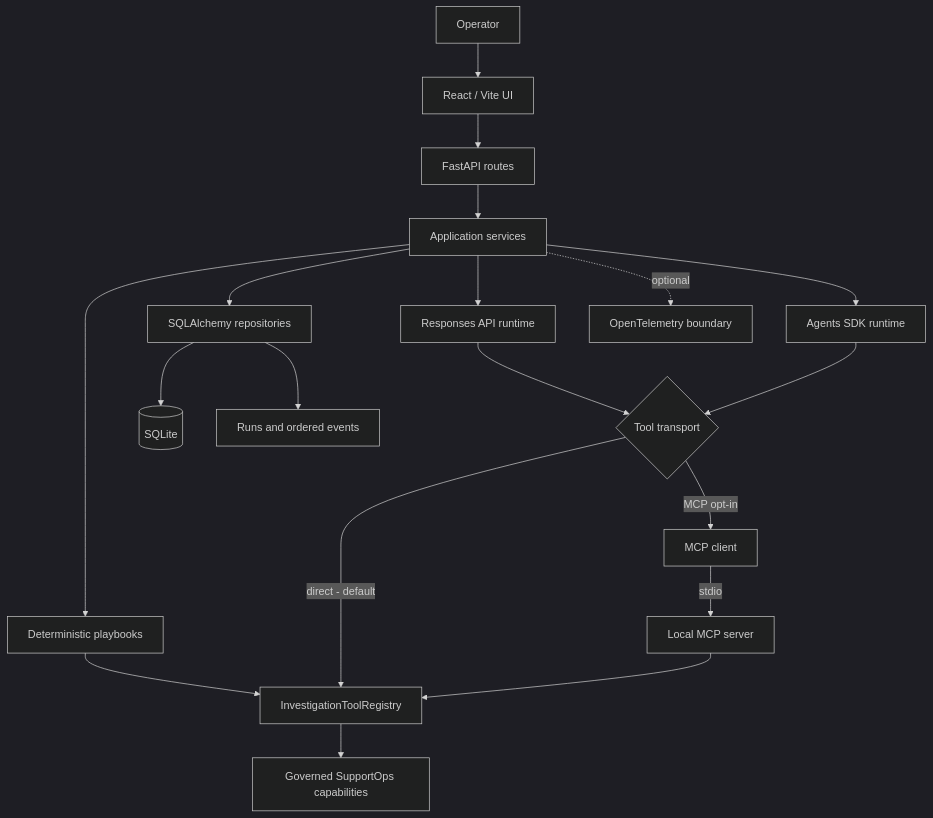
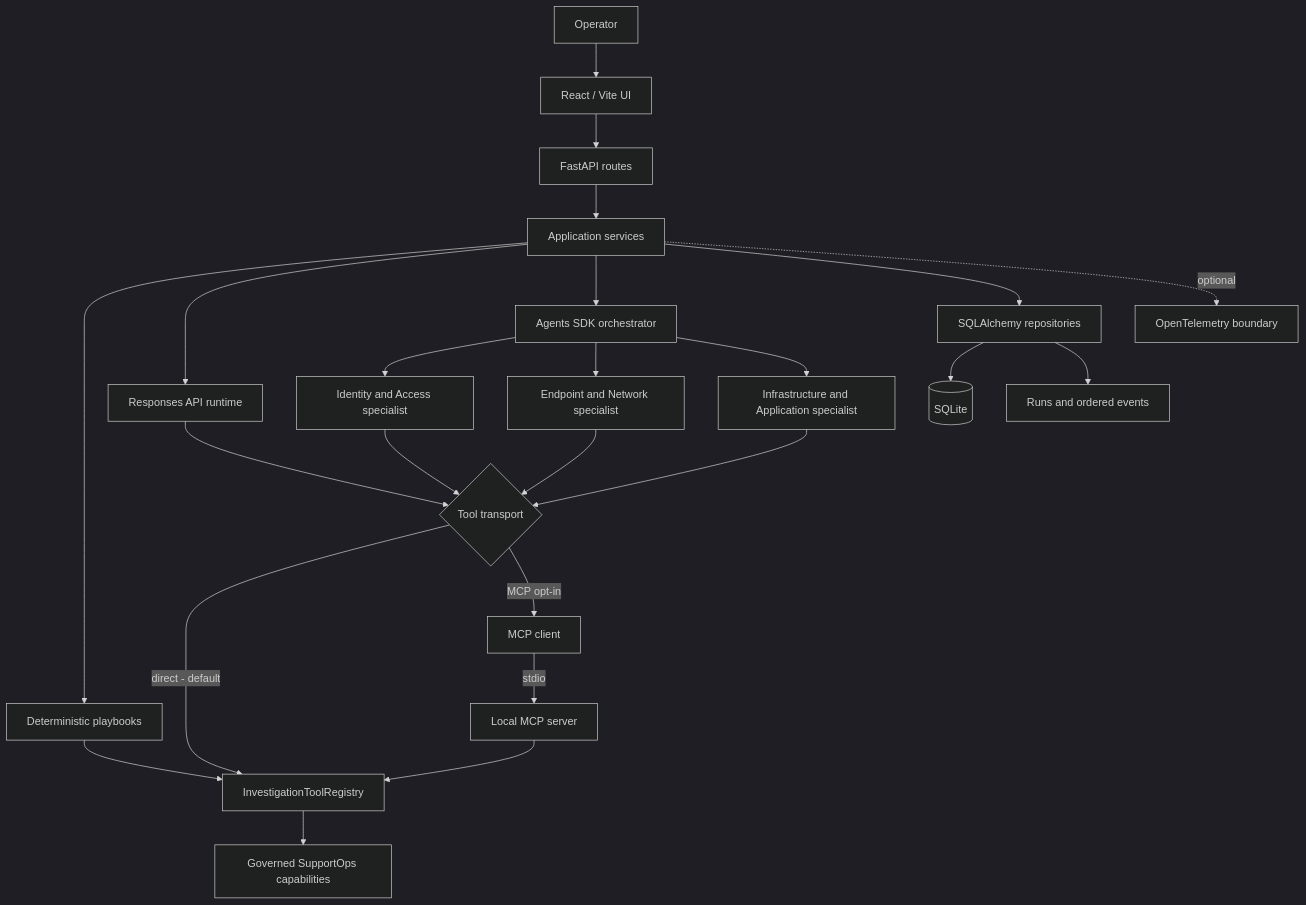
Before and after one commit to cmosantos/agentic-supportops: the diagram in README.md, drawn with Mermaid (dark theme). The commit also changed other lines of this file and 10 other files, not shown here.

````diff
--- a/README.md
+++ b/README.md
@@ -37,21 +37,26 @@
 ```mermaid
 flowchart TD
     Operator[Operator] --> Web[React / Vite UI]
     Web --> API[FastAPI routes]
     API --> Services[Application services]
     Services --> Deterministic[Deterministic playbooks]
     Services --> Responses[Responses API runtime]
-    Services --> Agents[Agents SDK runtime]
+    Services --> Agents[Agents SDK orchestrator]
+    Agents --> Identity[Identity and Access specialist]
+    Agents --> Endpoint[Endpoint and Network specialist]
+    Agents --> Infra[Infrastructure and Application specialist]
     Deterministic --> Registry[InvestigationToolRegistry]
     Responses --> Transport{Tool transport}
-    Agents --> Transport
+    Identity --> Transport
+    Endpoint --> Transport
+    Infra --> Transport
     Transport -->|direct - default| Registry
     Transport -->|MCP opt-in| Client[MCP client]
     Client -->|stdio| Server[Local MCP server]
     Server --> Registry
     Registry --> Capabilities[Governed SupportOps capabilities]
     Services --> Repository[SQLAlchemy repositories]
     Repository --> SQLite[(SQLite)]
     Repository --> History[Runs and ordered events]
     Services -. optional .-> OTel[OpenTelemetry boundary]
 ```
````
